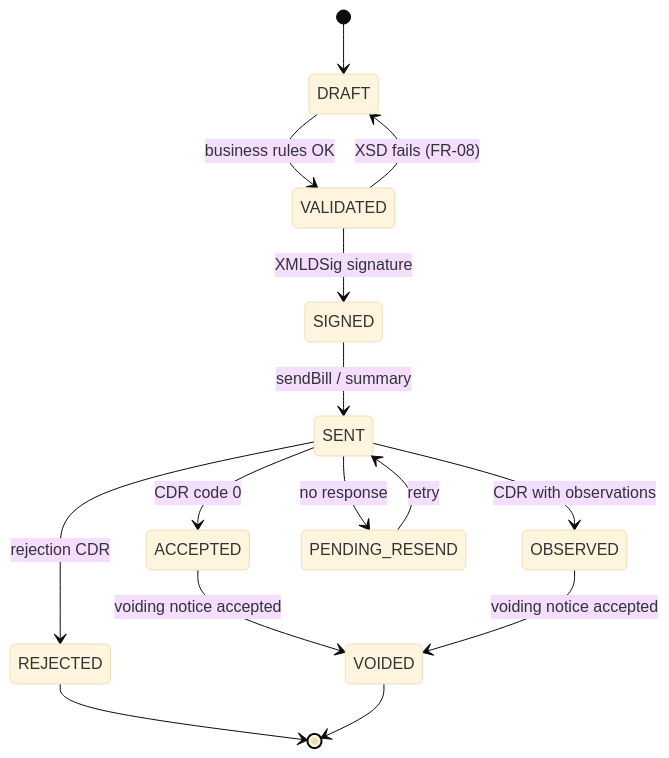
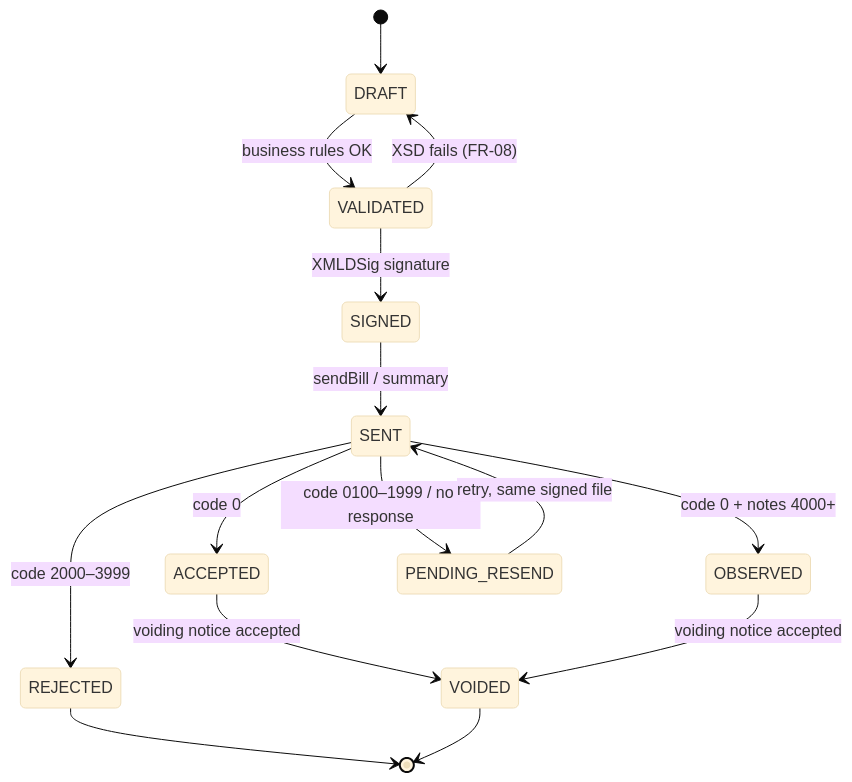
Before and after one commit to juan745Guevara/Medio-curso-Hubel: the second of 2 diagrams in specs/domain/domain-model.md, drawn with Mermaid (base theme). The commit also changed other lines of this file and 174 other files, not shown here.

````diff
--- a/specs/domain/domain-model.md
+++ b/specs/domain/domain-model.md
@@ -200,17 +272,17 @@
 ```mermaid
 stateDiagram-v2
   [*] --> DRAFT
   DRAFT --> VALIDATED : business rules OK
   VALIDATED --> DRAFT : XSD fails (FR-08)
   VALIDATED --> SIGNED : XMLDSig signature
   SIGNED --> SENT : sendBill / summary
-  SENT --> ACCEPTED : CDR code 0
-  SENT --> OBSERVED : CDR with observations
-  SENT --> REJECTED : rejection CDR
-  SENT --> PENDING_RESEND : no response
-  PENDING_RESEND --> SENT : retry
+  SENT --> ACCEPTED : code 0
+  SENT --> OBSERVED : code 0 + notes 4000+
+  SENT --> REJECTED : code 2000–3999
+  SENT --> PENDING_RESEND : code 0100–1999 / no response
+  PENDING_RESEND --> SENT : retry, same signed file
   ACCEPTED --> VOIDED : voiding notice accepted
   OBSERVED --> VOIDED : voiding notice accepted
   REJECTED --> [*]
   VOIDED --> [*]
 ```
````
